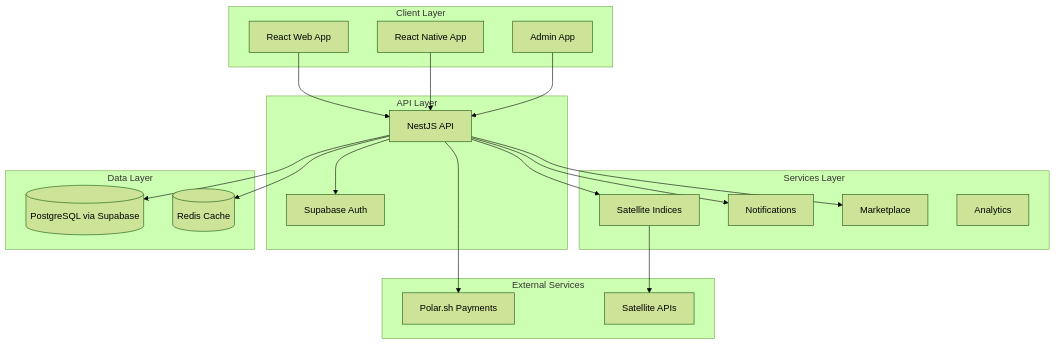
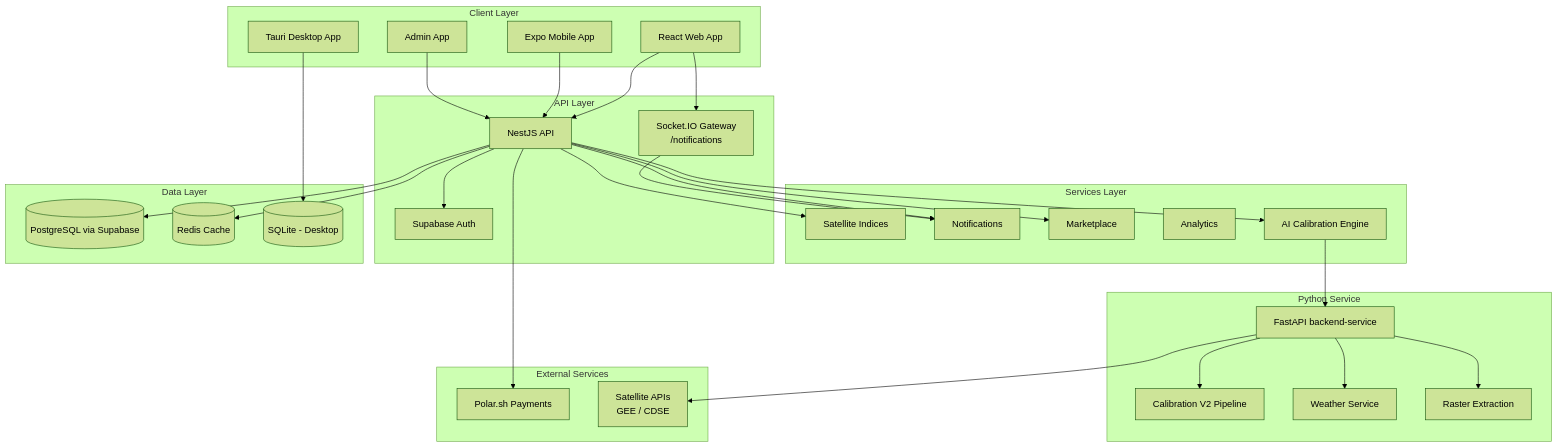
One commit to boutchaz/agritech changed the diagram in docs/docs/architecture/overview.md. Above: the diagram before and after it, drawn with Mermaid (forest theme). The commit also changed other lines of this file and 10 other files, not shown here.

````diff
--- a/docs/docs/architecture/overview.md
+++ b/docs/docs/architecture/overview.md
@@ -30,45 +30,65 @@
 ```mermaid
 graph TB
     subgraph "Client Layer"
         WEB[React Web App]
-        MOBILE[React Native App]
+        MOBILE[Expo Mobile App]
+        DESKTOP[Tauri Desktop App]
         ADMIN[Admin App]
     end
 
     subgraph "API Layer"
         API[NestJS API]
         AUTH[Supabase Auth]
+        WS[Socket.IO Gateway\n/notifications]
     end
 
     subgraph "Services Layer"
         SATELLITE[Satellite Indices]
         NOTIFICATIONS[Notifications]
         MARKETPLACE[Marketplace]
         ANALYTICS[Analytics]
+        AI[AI Calibration Engine]
+    end
+
+    subgraph "Python Service"
+        PYAPI[FastAPI backend-service]
+        PIPELINE[Calibration V2 Pipeline]
+        WEATHER[Weather Service]
+        RASTER[Raster Extraction]
     end
 
     subgraph "Data Layer"
         PG[(PostgreSQL via Supabase)]
         REDIS[(Redis Cache)]
+        SQLITE[(SQLite - Desktop)]
     end
 
     subgraph "External Services"
         POLAR[Polar.sh Payments]
-        SATELLITE_API[Satellite APIs]
+        SATELLITE_API[Satellite APIs\nGEE / CDSE]
     end
 
     WEB --> API
+    WEB --> WS
     MOBILE --> API
+    DESKTOP --> SQLITE
     ADMIN --> API
 
     API --> AUTH
     API --> SATELLITE
     API --> NOTIFICATIONS
     API --> MARKETPLACE
+    API --> AI
+    WS --> NOTIFICATIONS
+
+    AI --> PYAPI
+    PYAPI --> PIPELINE
+    PYAPI --> WEATHER
+    PYAPI --> RASTER
 
     API --> PG
     API --> REDIS
 
     API --> POLAR
-    SATELLITE --> SATELLITE_API
+    PYAPI --> SATELLITE_API
 ```
````
